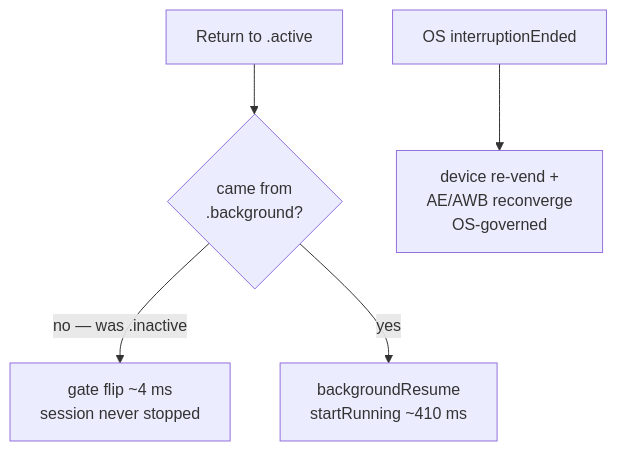
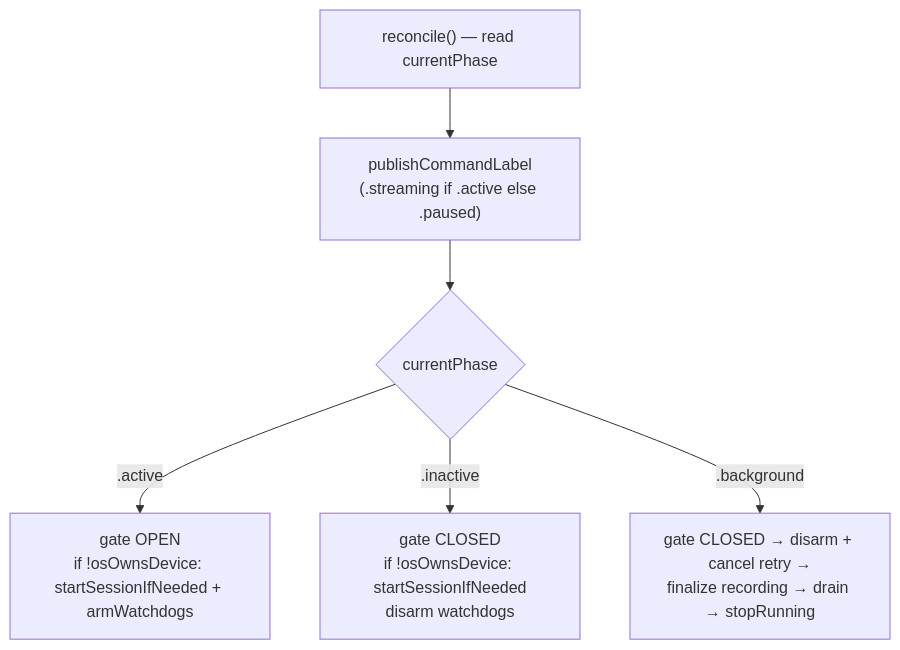
Before and after one commit to Shreeyak/cambrian-ios-camera: the fourth of 10 diagrams in docs/ios-camera-lifecycle.md, drawn with Mermaid. The commit also changed other lines of this file and 15 other files, not shown here.

````diff
--- a/docs/ios-camera-lifecycle.md
+++ b/docs/ios-camera-lifecycle.md
@@ -150,7 +225,8 @@
 ```mermaid
 flowchart TD
-    R[Return to .active] --> Q{came from<br/>.background?}
-    Q -->|no — was .inactive| G["gate flip ~4 ms<br/>session never stopped"]
-    Q -->|yes| S["backgroundResume<br/>startRunning ~410 ms"]
-    I[OS interruptionEnded] --> D["device re-vend +<br/>AE/AWB reconverge<br/>OS-governed"]
+    P["reconcile() — read currentPhase"] --> L["publishCommandLabel<br/>(.streaming if .active else .paused)"]
+    L --> SW{currentPhase}
+    SW -->|.active| A["gate OPEN<br/>if !osOwnsDevice: startSessionIfNeeded + armWatchdogs"]
+    SW -->|.inactive| I["gate CLOSED<br/>if !osOwnsDevice: startSessionIfNeeded<br/>disarm watchdogs"]
+    SW -->|.background| B["gate CLOSED → disarm + cancel retry →<br/>finalize recording → drain → stopRunning"]
 ```
````
